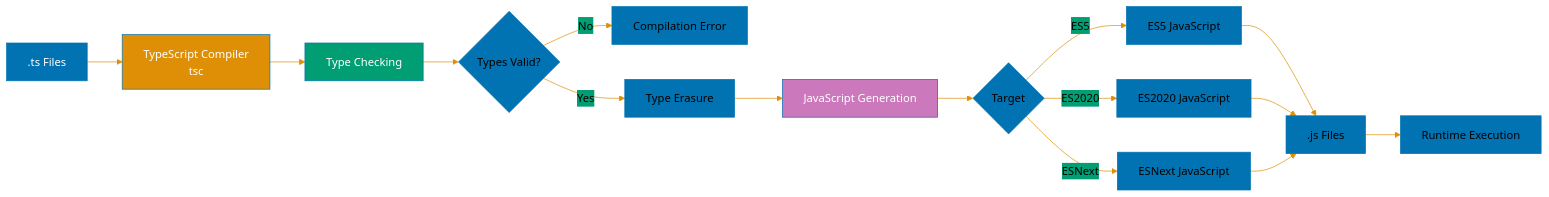
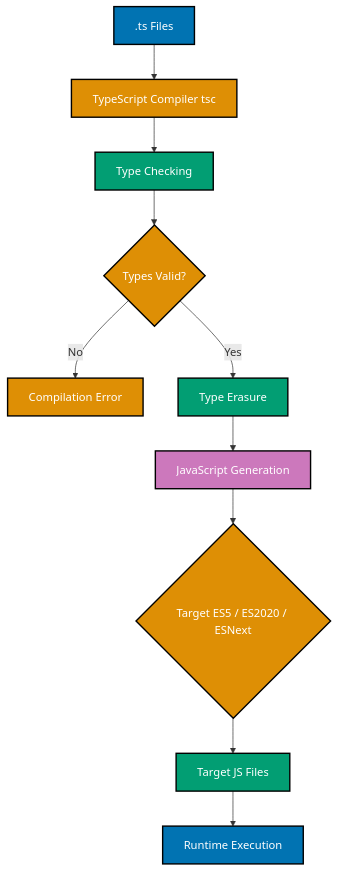
One commit to wahidyankf/ose-primer changed the third of 3 diagrams in docs/explanation/software-engineering/programming-languages/typescript/README.md. Above: the diagram before and after it, drawn with Mermaid. The commit also changed other lines of this file and 86 other files, not shown here.

````diff
--- a/docs/explanation/software-engineering/programming-languages/typescript/README.md
+++ b/docs/explanation/software-engineering/programming-languages/typescript/README.md
@@ -1542,28 +1525,22 @@
 ```mermaid
-%%{init: {'theme':'base', 'themeVariables': { 'primaryColor':'#0173B2','primaryTextColor':'#000','primaryBorderColor':'#0173B2','lineColor':'#DE8F05','secondaryColor':'#029E73','tertiaryColor':'#CC78BC','fontSize':'16px'}}}%%
-flowchart LR
-    A[.ts Files] --> B[TypeScript Compiler<br/>tsc]
-    B --> C[Type Checking]
-    C --> D{Types Valid?}
+%% Color Palette: Blue #0173B2, Orange #DE8F05, Teal #029E73, Purple #CC78BC
+%% All colors are color-blind friendly and meet WCAG AA contrast standards
+graph TD
+    A[".ts Files"]:::blue --> B["TypeScript Compiler tsc"]:::orange
+    B --> C[Type Checking]:::teal
+    C --> D{Types Valid?}:::orange
 
-    D -->|No| E[Compilation Error]
-    D -->|Yes| F[Type Erasure]
+    D -->|No| E[Compilation Error]:::orange
+    D -->|Yes| F[Type Erasure]:::teal
 
-    F --> G[JavaScript Generation]
-    G --> H{Target}
+    F --> G[JavaScript Generation]:::purple
+    G --> H{Target ES5 / ES2020 / ESNext}:::orange
 
-    H -->|ES5| I[ES5 JavaScript]
-    H -->|ES2020| J[ES2020 JavaScript]
-    H -->|ESNext| K[ESNext JavaScript]
+    H --> I[Target JS Files]:::teal
+    I --> J[Runtime Execution]:::blue
 
-    I --> L[.js Files]
-    J --> L
-    K --> L
-
-    L --> M[Runtime Execution]
-
-    style A fill:#0173B2,color:#fff
-    style B fill:#DE8F05,color:#fff
-    style C fill:#029E73,color:#fff
-    style G fill:#CC78BC,color:#fff
+    classDef blue fill:#0173B2,stroke:#000000,color:#FFFFFF,stroke-width:2px
+    classDef orange fill:#DE8F05,stroke:#000000,color:#FFFFFF,stroke-width:2px
+    classDef teal fill:#029E73,stroke:#000000,color:#FFFFFF,stroke-width:2px
+    classDef purple fill:#CC78BC,stroke:#000000,color:#FFFFFF,stroke-width:2px
 ```
````
